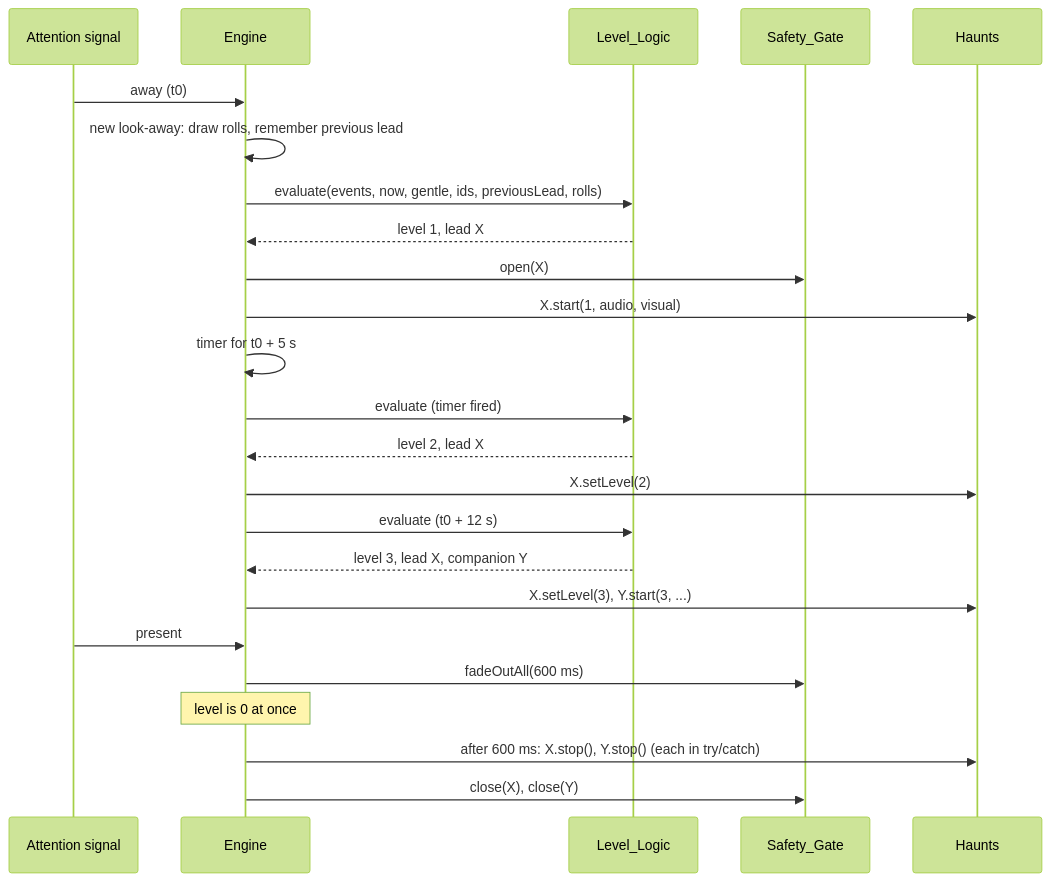
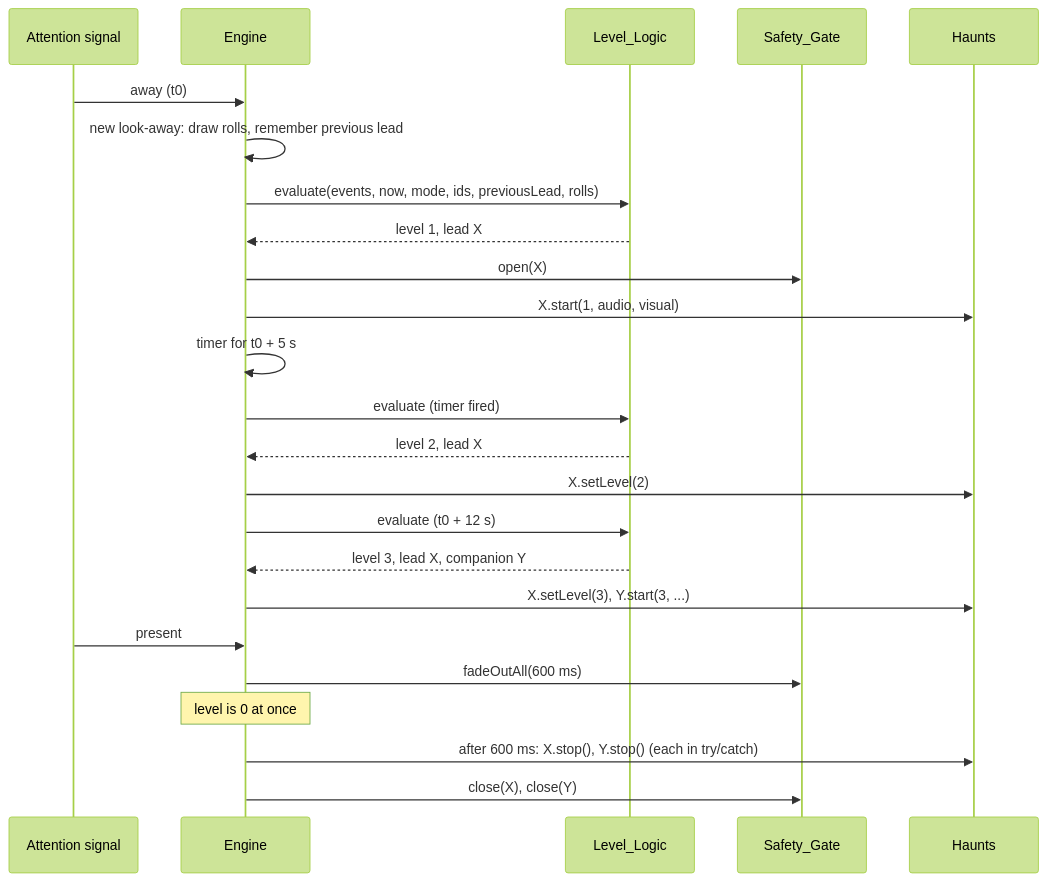
The second of 3 diagrams in .kiro/specs/haunt-feature/design.md (Swati-sankrit/Intermezzo), drawn with Mermaid (forest theme) before and after one commit. The commit also changed other lines of this file and 33 other files, not shown here.

````diff
--- a/.kiro/specs/haunt-feature/design.md
+++ b/.kiro/specs/haunt-feature/design.md
@@ -105,27 +107,27 @@
 ```mermaid
 sequenceDiagram
   participant A as Attention signal
   participant E as Engine
   participant L as Level_Logic
   participant G as Safety_Gate
   participant H as Haunts
 
   A->>E: away (t0)
   E->>E: new look-away: draw rolls, remember previous lead
-  E->>L: evaluate(events, now, gentle, ids, previousLead, rolls)
+  E->>L: evaluate(events, now, mode, ids, previousLead, rolls)
   L-->>E: level 1, lead X
   E->>G: open(X)
   E->>H: X.start(1, audio, visual)
   E->>E: timer for t0 + 5 s
   E->>L: evaluate (timer fired)
   L-->>E: level 2, lead X
   E->>H: X.setLevel(2)
   E->>L: evaluate (t0 + 12 s)
   L-->>E: level 3, lead X, companion Y
   E->>H: X.setLevel(3), Y.start(3, ...)
   A->>E: present
   E->>G: fadeOutAll(600 ms)
   Note over E: level is 0 at once
   E->>H: after 600 ms: X.stop(), Y.stop() (each in try/catch)
   E->>G: close(X), close(Y)
 ```
````
